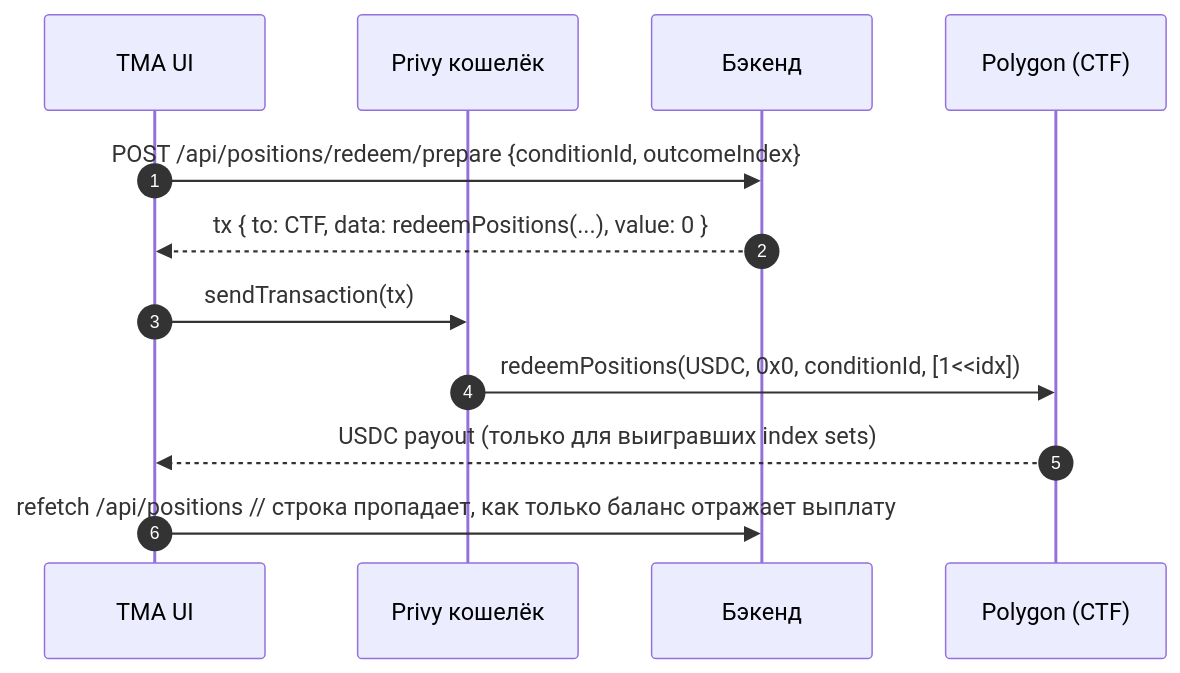
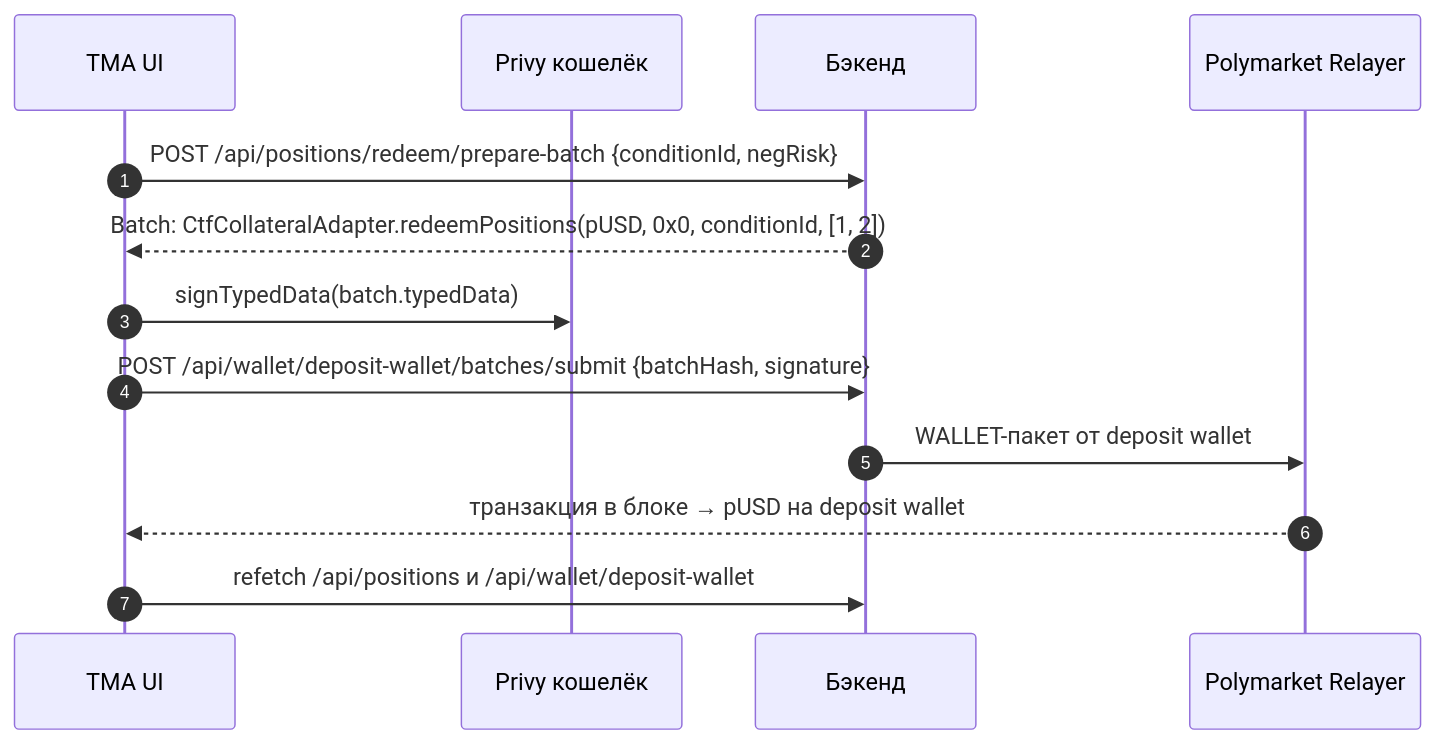
The second of 2 diagrams in docs/trading_RU.md (negriyd/polymarket-tma), drawn with Mermaid before and after one commit. The commit also changed other lines of this file and 103 other files, not shown here.

````diff
--- a/docs/trading_RU.md
+++ b/docs/trading_RU.md
@@ -64,15 +167,16 @@
 ```mermaid
 sequenceDiagram
     autonumber
     participant U as TMA UI
     participant P as Privy кошелёк
     participant B as Бэкенд
-    participant POL as Polygon (CTF)
+    participant R as Polymarket Relayer
 
-    U->>B: POST /api/positions/redeem/prepare {conditionId, outcomeIndex}
-    B-->>U: tx { to: CTF, data: redeemPositions(...), value: 0 }
-    U->>P: sendTransaction(tx)
-    P->>POL: redeemPositions(USDC, 0x0, conditionId, [1<<idx])
-    POL-->>U: USDC payout (только для выигравших index sets)
-    U->>B: refetch /api/positions  // строка пропадает, как только баланс отражает выплату
+    U->>B: POST /api/positions/redeem/prepare-batch {conditionId, negRisk}
+    B-->>U: Batch: CtfCollateralAdapter.redeemPositions(pUSD, 0x0, conditionId, [1, 2])
+    U->>P: signTypedData(batch.typedData)
+    U->>B: POST /api/wallet/deposit-wallet/batches/submit {batchHash, signature}
+    B->>R: WALLET-пакет от deposit wallet
+    R-->>U: транзакция в блоке → pUSD на deposit wallet
+    U->>B: refetch /api/positions и /api/wallet/deposit-wallet
 ```
````
